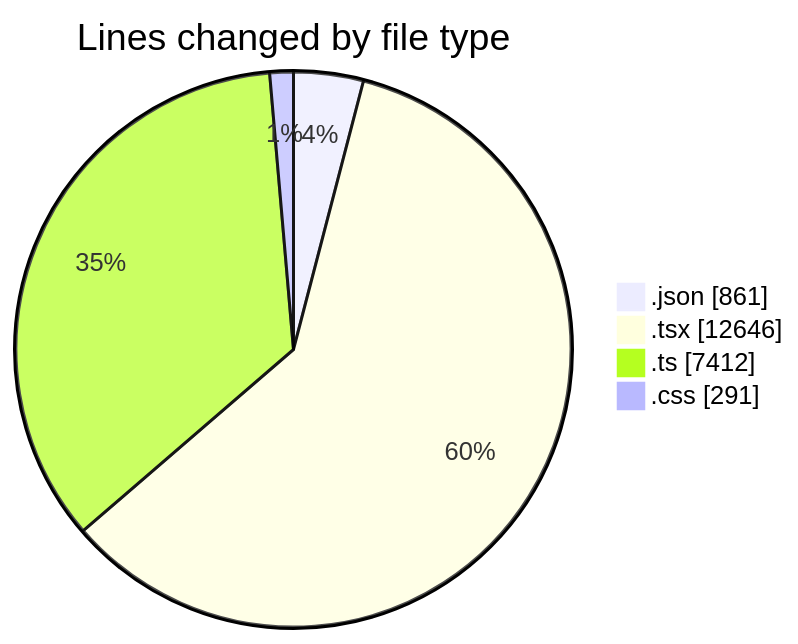
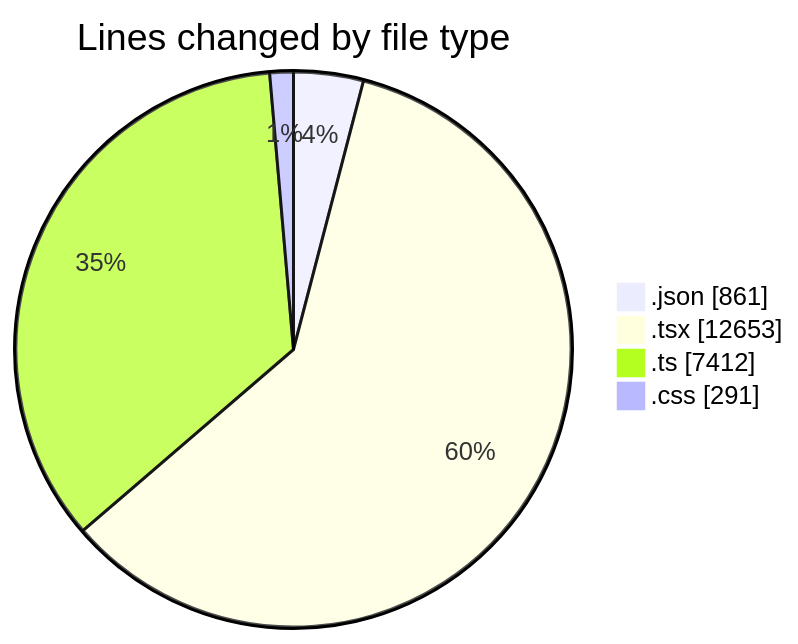
The first of 2 diagrams in 2025-10-07/eventscop-frontend-guide__workspace_/README.md (julien-gomy/code-tracking), drawn with Mermaid before and after one commit. The commit also changed other lines of this file and 1 other file, not shown here.

````diff
--- a/2025-10-07/eventscop-frontend-guide__workspace_/README.md
+++ b/2025-10-07/eventscop-frontend-guide__workspace_/README.md
@@ -103,8 +103,8 @@
 ```mermaid
 pie showData
 title Lines changed by file type
 ".json" : 861
-".tsx" : 12646
+".tsx" : 12653
 ".ts" : 7412
 ".css" : 291
 ```
````
